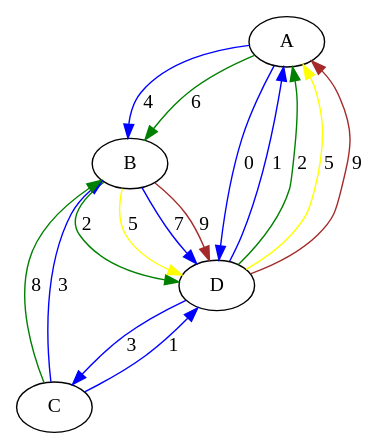
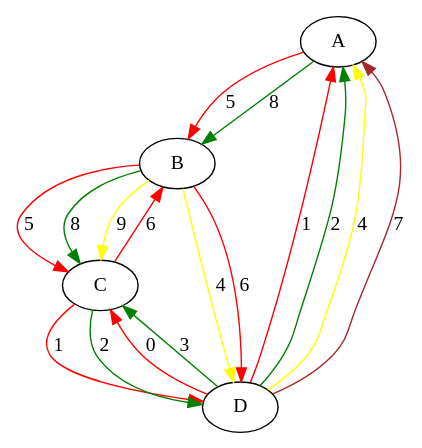
Before and after one commit to Hebbe1234/ExpectAll: the diagram in src/assignedGraphs/assigned.dot, drawn with Graphviz. The commit also changed 3 other files, not shown here.

```diff
--- a/src/assignedGraphs/assigned.dot
+++ b/src/assignedGraphs/assigned.dot
@@ -1,21 +1,22 @@
 digraph "G" {
 A;
 B;
 C;
 D;
-A -> D  [color=blue, key=0, label=0];
-A -> B  [color=blue, key=0, label=4];
-A -> B  [color=green, key=1, label=6];
-B -> D  [color=green, key=0, label=2];
-B -> D  [color=yellow, key=1, label=5];
-B -> D  [color=blue, key=2, label=7];
-B -> D  [color=brown, key=3, label=9];
-C -> D  [color=blue, key=0, label=1];
-C -> B  [color=blue, key=0, label=3];
-C -> B  [color=green, key=1, label=8];
-D -> A  [color=blue, key=0, label=1];
+A -> B  [color=red, key=0, label=5];
+A -> B  [color=green, key=1, label=8];
+B -> D  [color=yellow, key=0, label=4];
+B -> D  [color=red, key=1, label=6];
+B -> C  [color=red, key=0, label=5];
+B -> C  [color=green, key=1, label=8];
+B -> C  [color=yellow, key=2, label=9];
+C -> D  [color=red, key=0, label=1];
+C -> D  [color=green, key=1, label=2];
+C -> B  [color=red, key=0, label=6];
+D -> C  [color=red, key=0, label=0];
+D -> C  [color=green, key=1, label=3];
+D -> A  [color=red, key=0, label=1];
 D -> A  [color=green, key=1, label=2];
-D -> A  [color=yellow, key=2, label=5];
-D -> A  [color=brown, key=3, label=9];
-D -> C  [color=blue, key=0, label=3];
+D -> A  [color=yellow, key=2, label=4];
+D -> A  [color=brown, key=3, label=7];
 }
```
